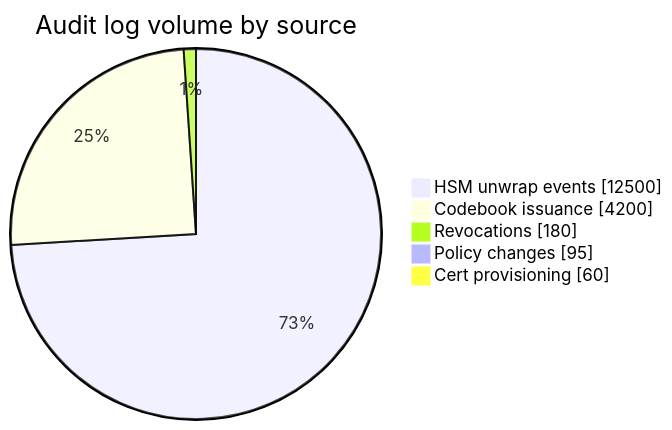
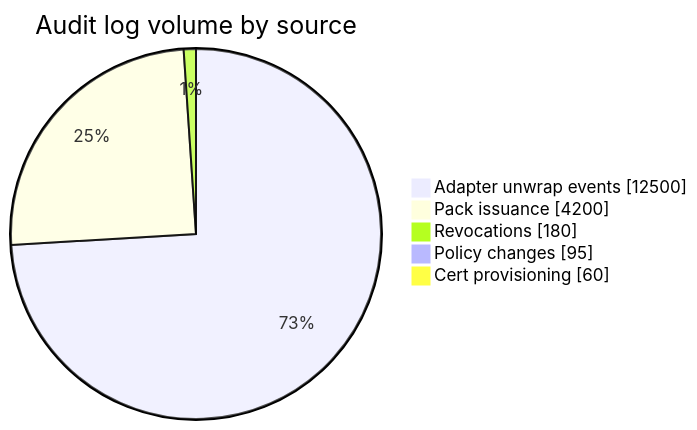
Before and after one commit to SlideWright/lattice: the eighth of 25 diagrams in lib/components/diagram/diagram/diagram.gallery.md, drawn with Mermaid. The commit also changed other lines of this file and 75 other files, not shown here.

````diff
--- a/lib/components/diagram/diagram/diagram.gallery.md
+++ b/lib/components/diagram/diagram/diagram.gallery.md
@@ -251,9 +251,9 @@
 ```mermaid
 pie showData
   title Audit log volume by source
-  "HSM unwrap events" : 12500
-  "Codebook issuance" : 4200
+  "Adapter unwrap events" : 12500
+  "Pack issuance" : 4200
   "Revocations" : 180
   "Policy changes" : 95
   "Cert provisioning" : 60
 ```
````
